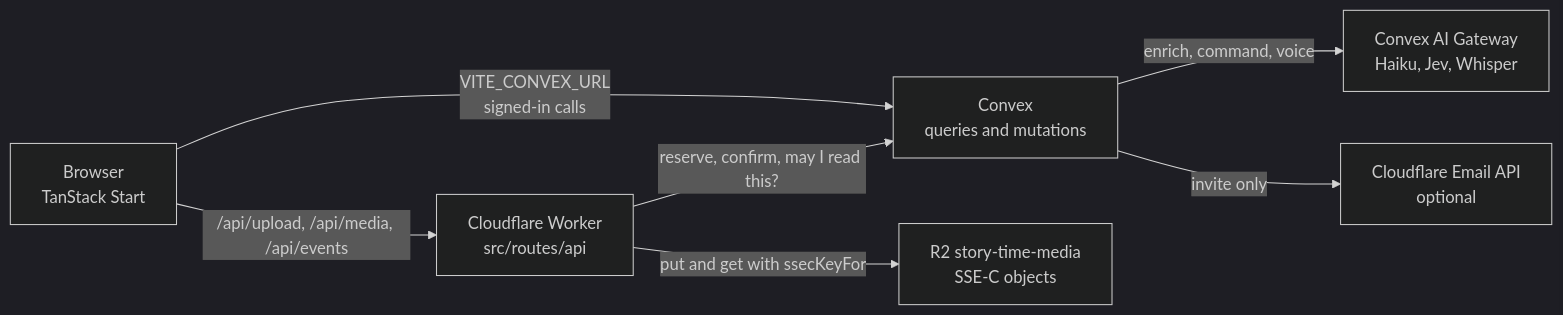
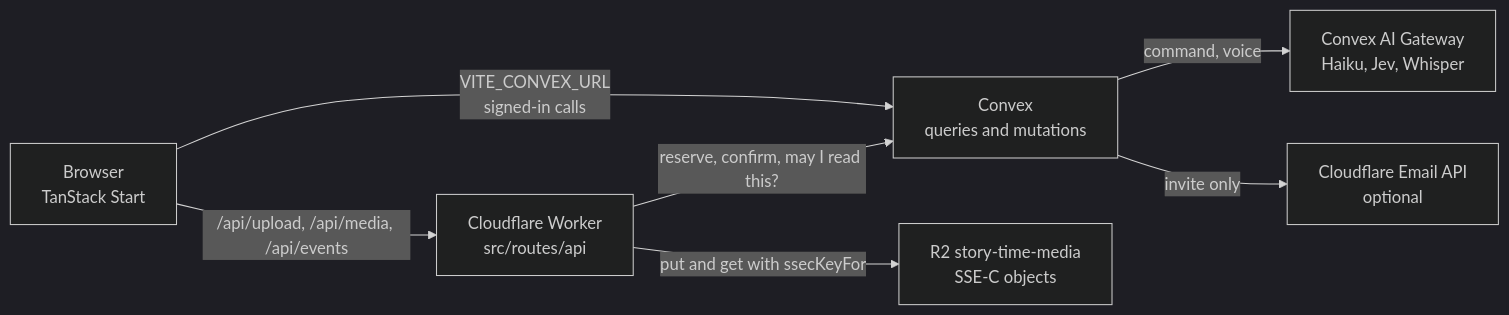
Before and after one commit to saranatour1/Story-time: the first of 2 diagrams in docs/architecture.md, drawn with Mermaid (dark theme). The commit also changed other lines of this file and 56 other files, not shown here.

````diff
--- a/docs/architecture.md
+++ b/docs/architecture.md
@@ -22,16 +22,16 @@
 ```mermaid
 flowchart LR
   browser["Browser<br/>TanStack Start"]
   worker["Cloudflare Worker<br/>src/routes/api"]
   convex["Convex<br/>queries and mutations"]
   r2["R2 story-time-media<br/>SSE-C objects"]
   gateway["Convex AI Gateway<br/>Haiku, Jev, Whisper"]
   email["Cloudflare Email API<br/>optional"]
 
   browser -->|"VITE_CONVEX_URL<br/>signed-in calls"| convex
   browser -->|"/api/upload, /api/media, /api/events"| worker
   worker -->|"reserve, confirm, may I read this?"| convex
   worker -->|"put and get with ssecKeyFor"| r2
-  convex -->|"enrich, command, voice"| gateway
+  convex -->|"command, voice"| gateway
   convex -->|"invite only"| email
 ```
````
